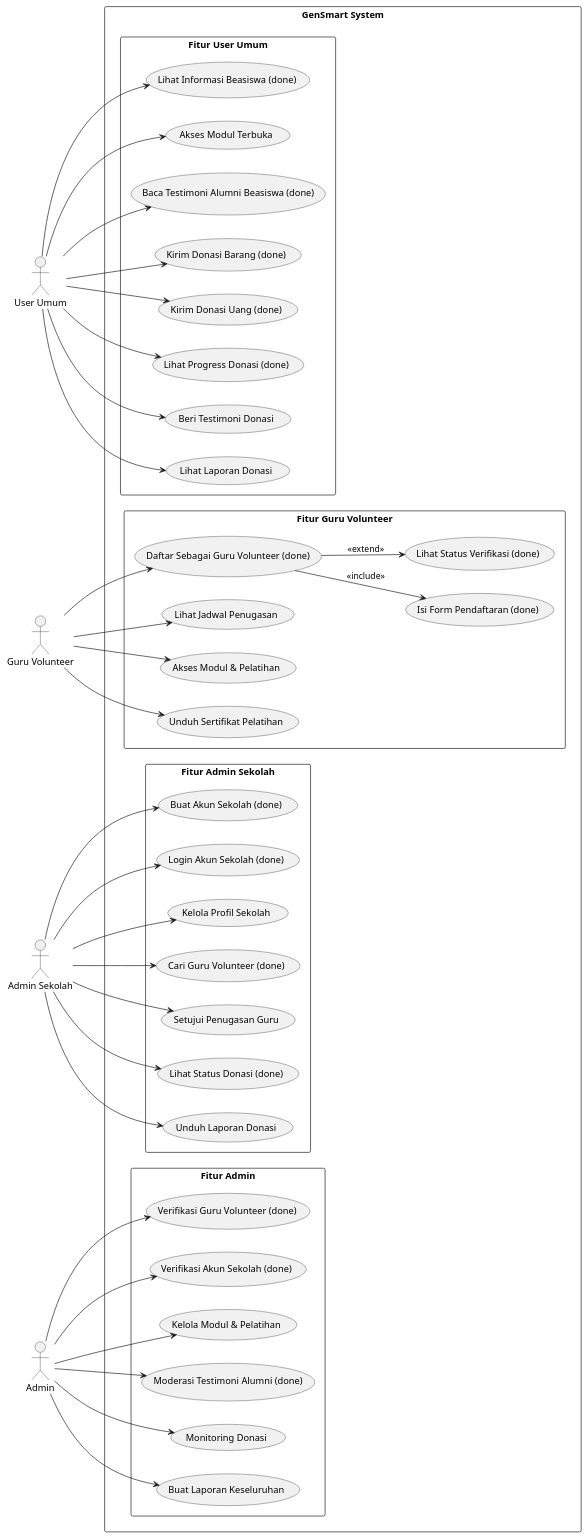
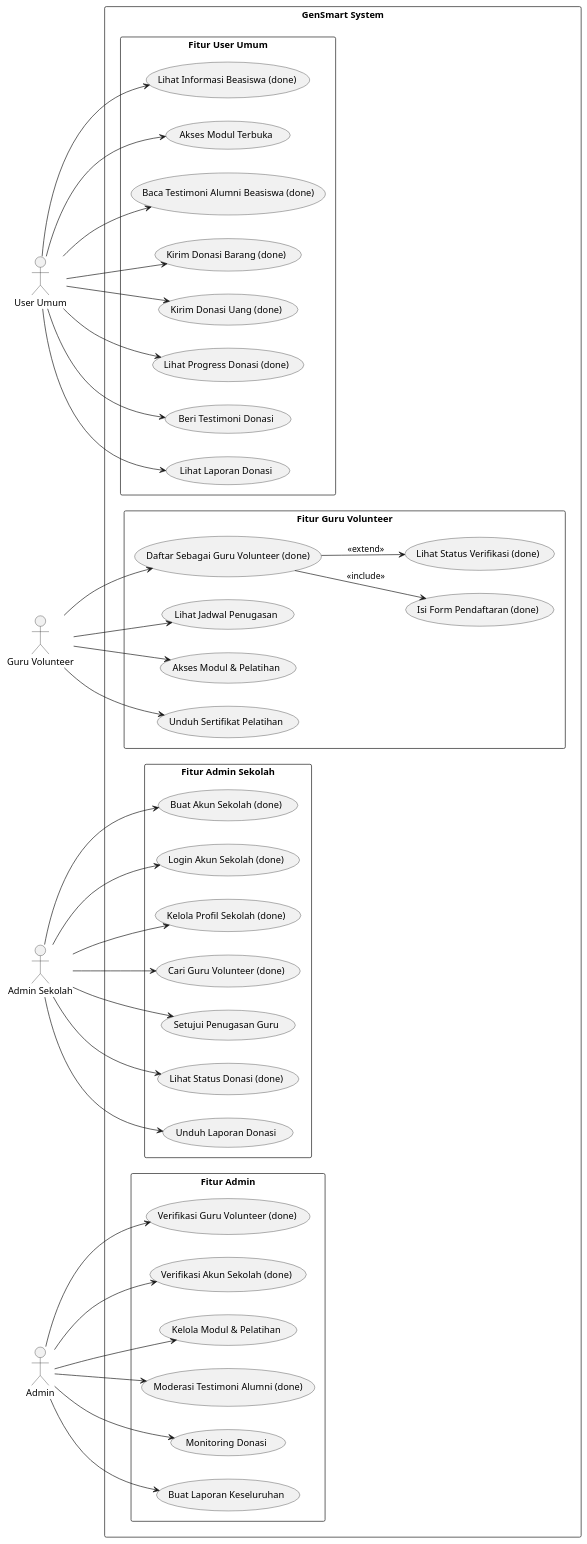
One commit to wirawanmahardika/gensmart-backend changed the diagram in docs/usecase.pu. Above: the diagram before and after it, drawn with PlantUML. The commit also changed 5 other files, not shown here.

```diff
--- a/docs/usecase.pu
+++ b/docs/usecase.pu
@@ -1,87 +1,87 @@
 @startuml "GenSmart System"
 left to right direction
 skinparam packageStyle rectangle
 
 actor "User Umum" as User
 actor "Guru Volunteer" as Volunteer
 actor "Admin Sekolah" as SchoolAdmin
 actor "Admin" as Admin
 
 rectangle "GenSmart System" {
 
   package "Fitur User Umum" {
     usecase UC1 as "Lihat Informasi Beasiswa (done)"
     usecase UC2 as "Akses Modul Terbuka"
     usecase UC3 as "Baca Testimoni Alumni Beasiswa (done)"
     usecase UC10 as "Kirim Donasi Barang (done)"
     usecase UC11 as "Kirim Donasi Uang (done)"
     usecase UC12 as "Lihat Progress Donasi (done)"
     usecase UC13 as "Beri Testimoni Donasi"
     usecase UC14 as "Lihat Laporan Donasi"
   }
 
   package "Fitur Guru Volunteer" {
     usecase UC4 as "Daftar Sebagai Guru Volunteer (done)"
     usecase UC5 as "Isi Form Pendaftaran (done)"
     usecase UC6 as "Lihat Status Verifikasi (done)"
     usecase UC7 as "Lihat Jadwal Penugasan"
     usecase UC8 as "Akses Modul & Pelatihan"
     usecase UC9 as "Unduh Sertifikat Pelatihan"
   }
 
   package "Fitur Admin Sekolah" {
     usecase UC15 as "Buat Akun Sekolah (done)"
     usecase UC16 as "Login Akun Sekolah (done)"
-    usecase UC17 as "Kelola Profil Sekolah"
+    usecase UC17 as "Kelola Profil Sekolah (done)"
     usecase UC18 as "Cari Guru Volunteer (done)"
     usecase UC19 as "Setujui Penugasan Guru"
     usecase UC20 as "Lihat Status Donasi (done)"
     usecase UC21 as "Unduh Laporan Donasi"
   }
 
   package "Fitur Admin" {
     usecase UC22 as "Verifikasi Guru Volunteer (done)"
     usecase UC23 as "Verifikasi Akun Sekolah (done)"
     usecase UC24 as "Kelola Modul & Pelatihan"
     usecase UC25 as "Moderasi Testimoni Alumni (done)"
     usecase UC26 as "Monitoring Donasi"
     usecase UC27 as "Buat Laporan Keseluruhan"
   }
 }
 
 '--- Relasi User Umum ---
 User --> UC1
 User --> UC2
 User --> UC3
 User --> UC10
 User --> UC11
 User --> UC12
 User --> UC13
 User --> UC14
 
 '--- Relasi Guru Volunteer ---
 Volunteer --> UC4
 UC4 --> UC5 : <<include>>
 UC4 --> UC6 : <<extend>>
 Volunteer --> UC7
 Volunteer --> UC8
 Volunteer --> UC9
 
 '--- Relasi Admin Sekolah ---
 SchoolAdmin --> UC15
 SchoolAdmin --> UC16
 SchoolAdmin --> UC17
 SchoolAdmin --> UC18
 SchoolAdmin --> UC19
 SchoolAdmin --> UC20
 SchoolAdmin --> UC21
 
 '--- Relasi Admin ---
 Admin --> UC22
 Admin --> UC23
 Admin --> UC24
 Admin --> UC25
 Admin --> UC26
 Admin --> UC27
 
 @enduml
```
